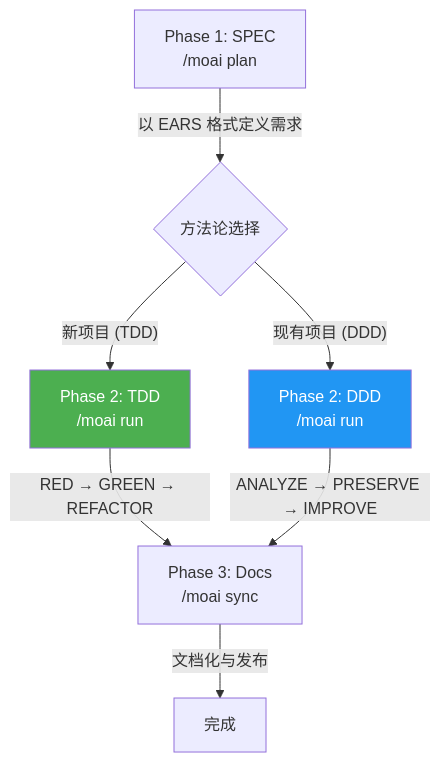
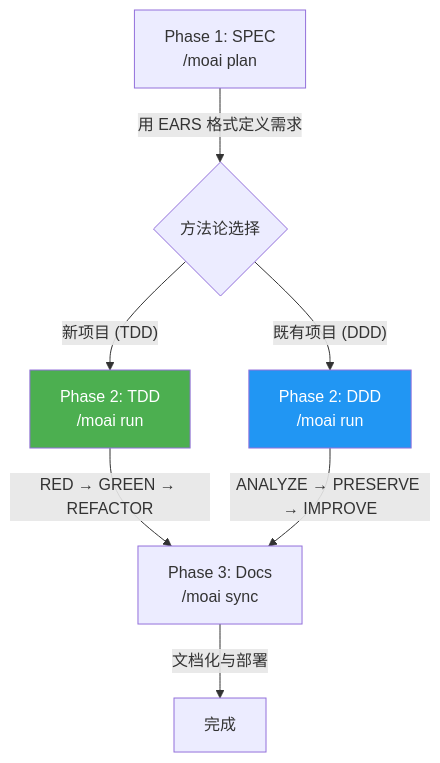
One commit to modu-ai/moai-adk changed the second of 2 diagrams in docs-site/content/zh/getting-started/introduction.md. Above: the diagram before and after it, drawn with Mermaid. The commit also changed other lines of this file and 180 other files, not shown here.

````diff
--- a/docs-site/content/zh/getting-started/introduction.md
+++ b/docs-site/content/zh/getting-started/introduction.md
@@ -212,12 +212,12 @@
 ```mermaid
 flowchart TD
-    A["Phase 1: SPEC<br/>/moai plan"] -->|"以 EARS 格式定义需求"| B{"方法论选择"}
+    A["Phase 1: SPEC<br/>/moai plan"] -->|"用 EARS 格式定义需求"| B{"方法论选择"}
     B -->|"新项目 (TDD)"| C["Phase 2: TDD<br/>/moai run"]
-    B -->|"现有项目 (DDD)"| D["Phase 2: DDD<br/>/moai run"]
+    B -->|"既有项目 (DDD)"| D["Phase 2: DDD<br/>/moai run"]
     C -->|"RED → GREEN → REFACTOR"| E["Phase 3: Docs<br/>/moai sync"]
     D -->|"ANALYZE → PRESERVE → IMPROVE"| E
-    E -->|"文档化与发布"| F["完成"]
+    E -->|"文档化与部署"| F["完成"]
 
     style C fill:#4CAF50,color:#fff
     style D fill:#2196F3,color:#fff
 ```
````
